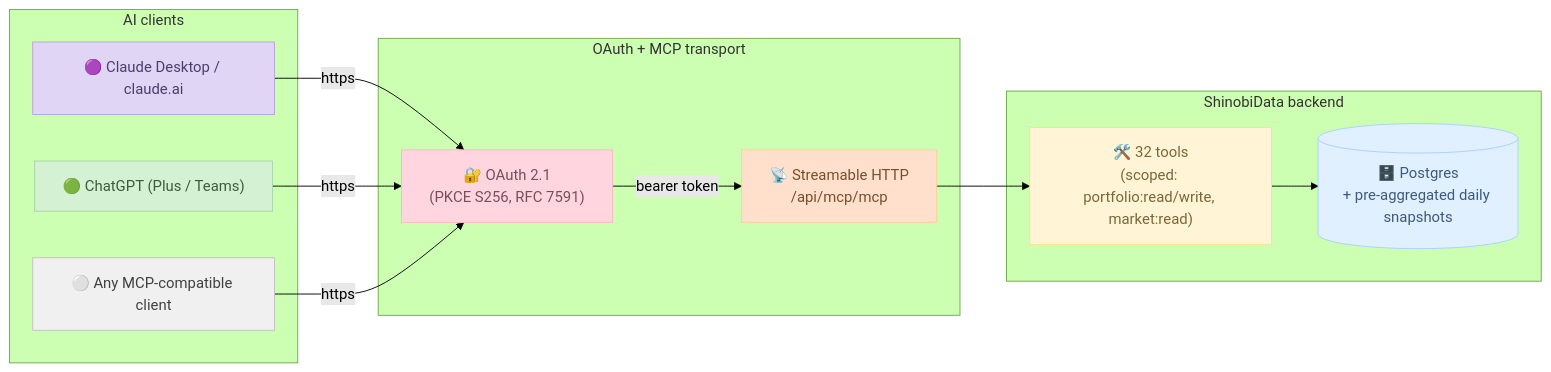
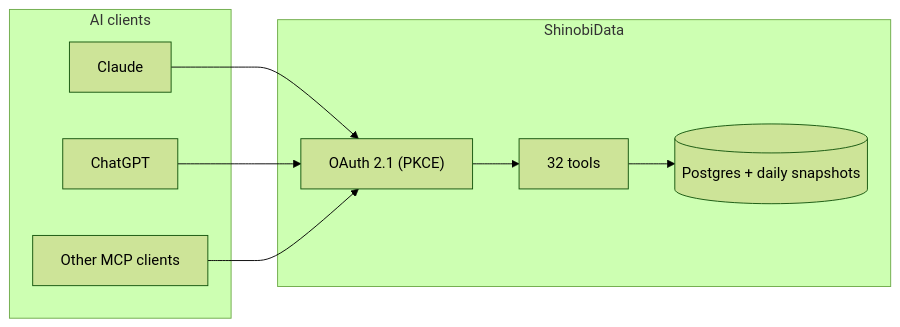
The diagram in README.md (niyamvora/shinobidata), drawn with Mermaid (forest theme) before and after one commit. The commit also changed other lines of this file and 17 other files, not shown here.

````diff
--- a/README.md
+++ b/README.md
@@ -166,33 +102,18 @@
 ```mermaid
 flowchart LR
     subgraph clients["AI clients"]
-        C["🟣 Claude Desktop / claude.ai"]
-        G["🟢 ChatGPT (Plus / Teams)"]
-        O["⚪ Any MCP-compatible client"]
+        C["Claude"]
+        G["ChatGPT"]
+        O["Other MCP clients"]
     end
-
-    subgraph protocol["OAuth + MCP transport"]
-        OA["🔐 OAuth 2.1<br/>(PKCE S256, RFC 7591)"]
-        MR["📡 Streamable HTTP<br/>/api/mcp/mcp"]
+    subgraph backend["ShinobiData"]
+        OA["OAuth 2.1 (PKCE)"]
+        T["32 tools"]
+        DB[("Postgres + daily snapshots")]
     end
-
-    subgraph backend["ShinobiData backend"]
-        T["🛠️ 32 tools<br/>(scoped: portfolio:read/write, market:read)"]
-        DB[("🗄️ Postgres<br/>+ pre-aggregated daily snapshots")]
-    end
-
-    C -->|"https"| OA
-    G -->|"https"| OA
-    O -->|"https"| OA
-    OA -->|"bearer token"| MR
-    MR --> T
+    C --> OA
+    G --> OA
+    O --> OA
+    OA --> T
     T --> DB
-
-    style C fill:#E1D5F5,stroke:#B8A4DB,color:#4A3D6E
-    style G fill:#D4F1D4,stroke:#A5D6A7,color:#3E5A41
-    style O fill:#F0F0F0,stroke:#C0C0C0,color:#404040
-    style OA fill:#FFD6E0,stroke:#FFB3C6,color:#7A4D5C
-    style MR fill:#FFE0CC,stroke:#FFCC99,color:#7A4D2E
-    style T fill:#FFF4D6,stroke:#FFE082,color:#7A6638
-    style DB fill:#E0F0FF,stroke:#A8D0FF,color:#3D5A7A
 ```
````
